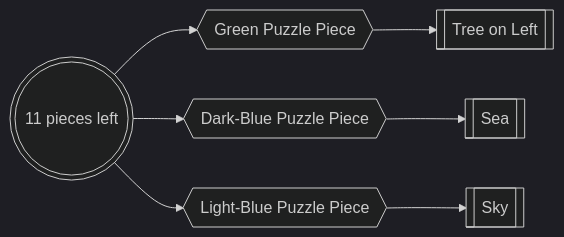
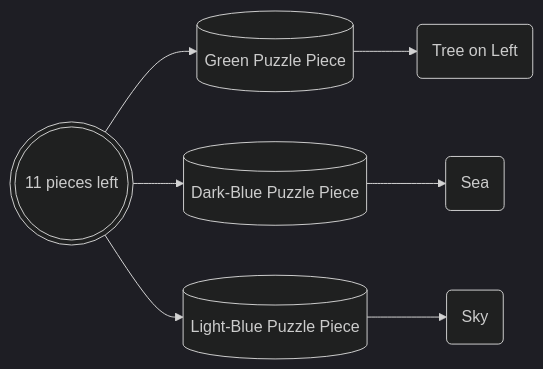
One commit to 198thread/lineup changed the second of 4 diagrams in README.md. Above: the diagram before and after it, drawn with Mermaid (dark theme). The commit also changed other lines of this file, not shown here.

````diff
--- a/README.md
+++ b/README.md
@@ -20,9 +21,9 @@
 ```mermaid
 graph LR;
-    A(((11 pieces left))) --> B{{Green Puzzle Piece}}
-    B --> E[[Tree on Left]]
-    A --> C{{Dark-Blue Puzzle Piece}}
-    C --> D[[Sea]]
-    A --> F{{Light-Blue Puzzle Piece}}
-    F --> G[[Sky]]
+    A(((11 pieces left))) --> B[(Green Puzzle Piece)]
+    B --> E(Tree on Left)
+    A --> C[(Dark-Blue Puzzle Piece)]
+    C --> D(Sea)
+    A --> F[(Light-Blue Puzzle Piece)]
+    F --> G(Sky)
 ```
````
